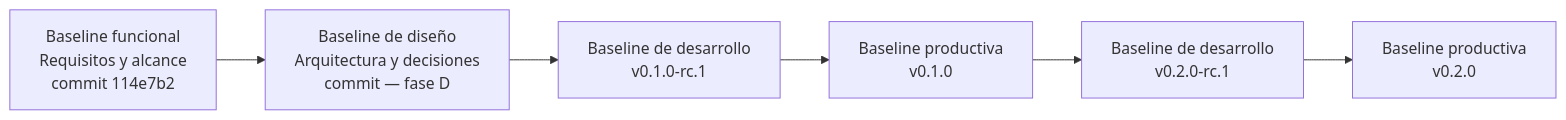
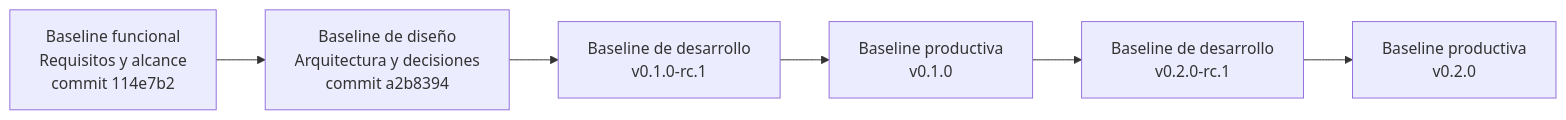
Before and after one commit to llipiterdev/appconecta-scm: the first of 2 diagrams in docs/baselines.md, drawn with Mermaid. The commit also changed other lines of this file and 4 other files, not shown here.

````diff
--- a/docs/baselines.md
+++ b/docs/baselines.md
@@ -23,11 +23,11 @@
 ```mermaid
 graph LR
     BF["Baseline funcional<br/>Requisitos y alcance<br/>commit 114e7b2"]
-    BD["Baseline de diseño<br/>Arquitectura y decisiones<br/>commit — fase D"]
+    BD["Baseline de diseño<br/>Arquitectura y decisiones<br/>commit a2b8394"]
     BDev1["Baseline de desarrollo<br/>v0.1.0-rc.1"]
     BP1["Baseline productiva<br/>v0.1.0"]
     BDev2["Baseline de desarrollo<br/>v0.2.0-rc.1"]
     BP2["Baseline productiva<br/>v0.2.0"]
 
     BF --> BD --> BDev1 --> BP1 --> BDev2 --> BP2
 ```
````
